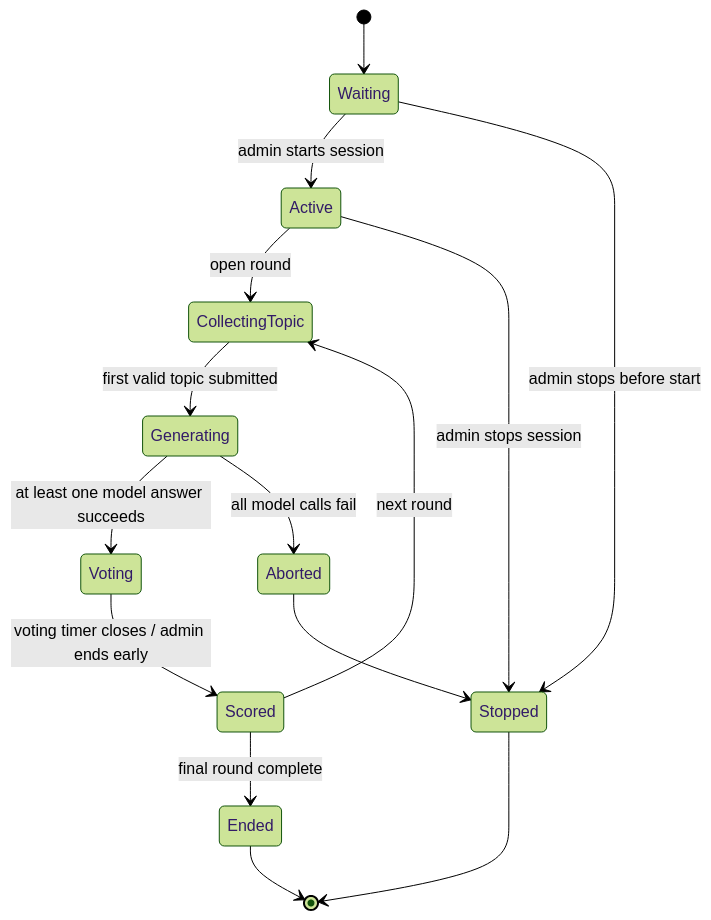
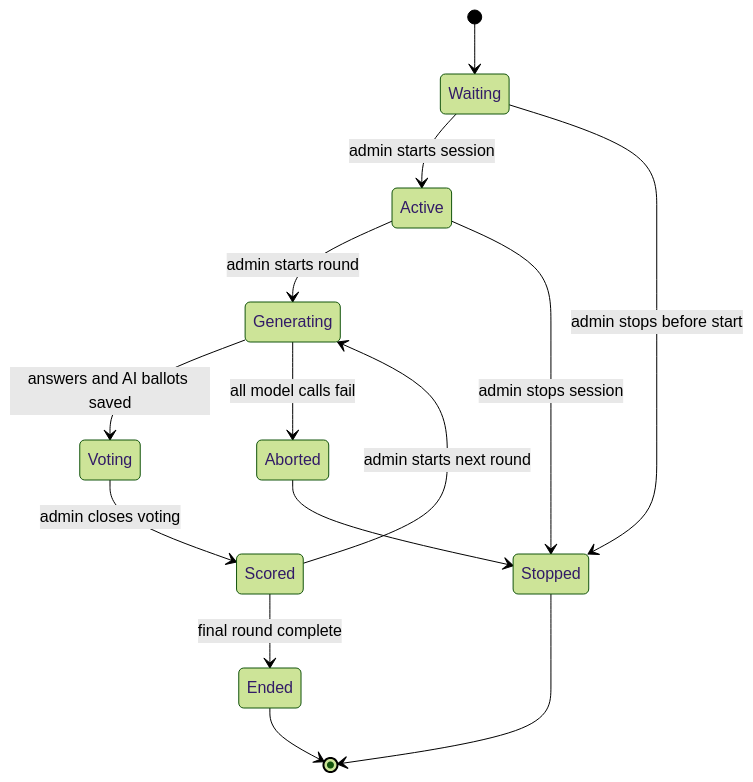
Before and after one commit to Radu028/ai-arena: the diagram in docs/diagrams/mermaid/05-state-machine.mmd, drawn with Mermaid (forest theme). The commit also changed 45 other files, not shown here.

```diff
--- a/docs/diagrams/mermaid/05-state-machine.mmd
+++ b/docs/diagrams/mermaid/05-state-machine.mmd
@@ -1,15 +1,14 @@
 stateDiagram-v2
   [*] --> Waiting
   Waiting --> Active: admin starts session
-  Active --> CollectingTopic: open round
-  CollectingTopic --> Generating: first valid topic submitted
-  Generating --> Voting: at least one model answer succeeds
+  Active --> Generating: admin starts round
+  Generating --> Voting: answers and AI ballots saved
   Generating --> Aborted: all model calls fail
-  Voting --> Scored: voting timer closes / admin ends early
-  Scored --> CollectingTopic: next round
+  Voting --> Scored: admin closes voting
+  Scored --> Generating: admin starts next round
   Scored --> Ended: final round complete
   Active --> Stopped: admin stops session
   Waiting --> Stopped: admin stops before start
   Aborted --> Stopped
   Ended --> [*]
   Stopped --> [*]
```
